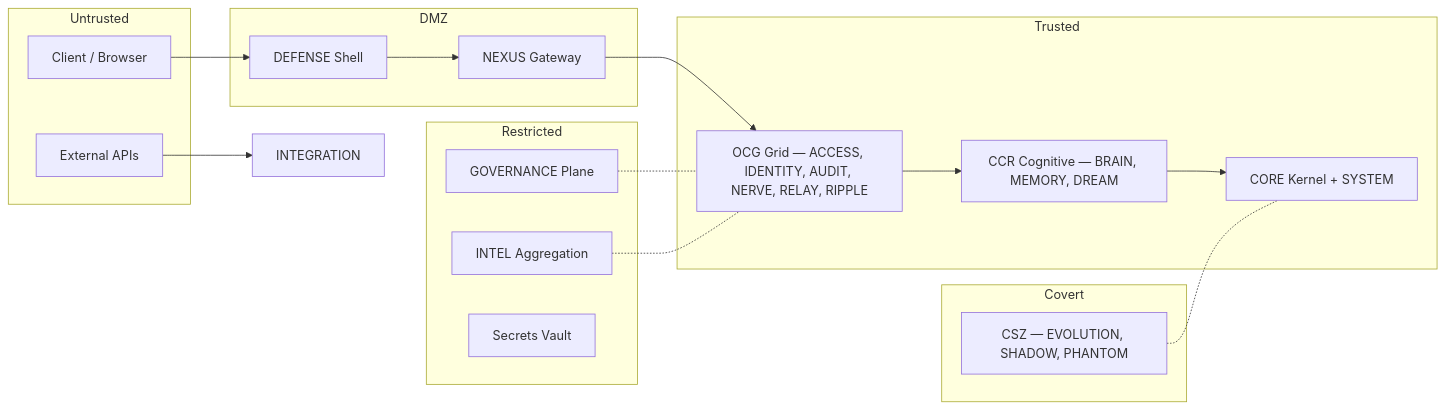
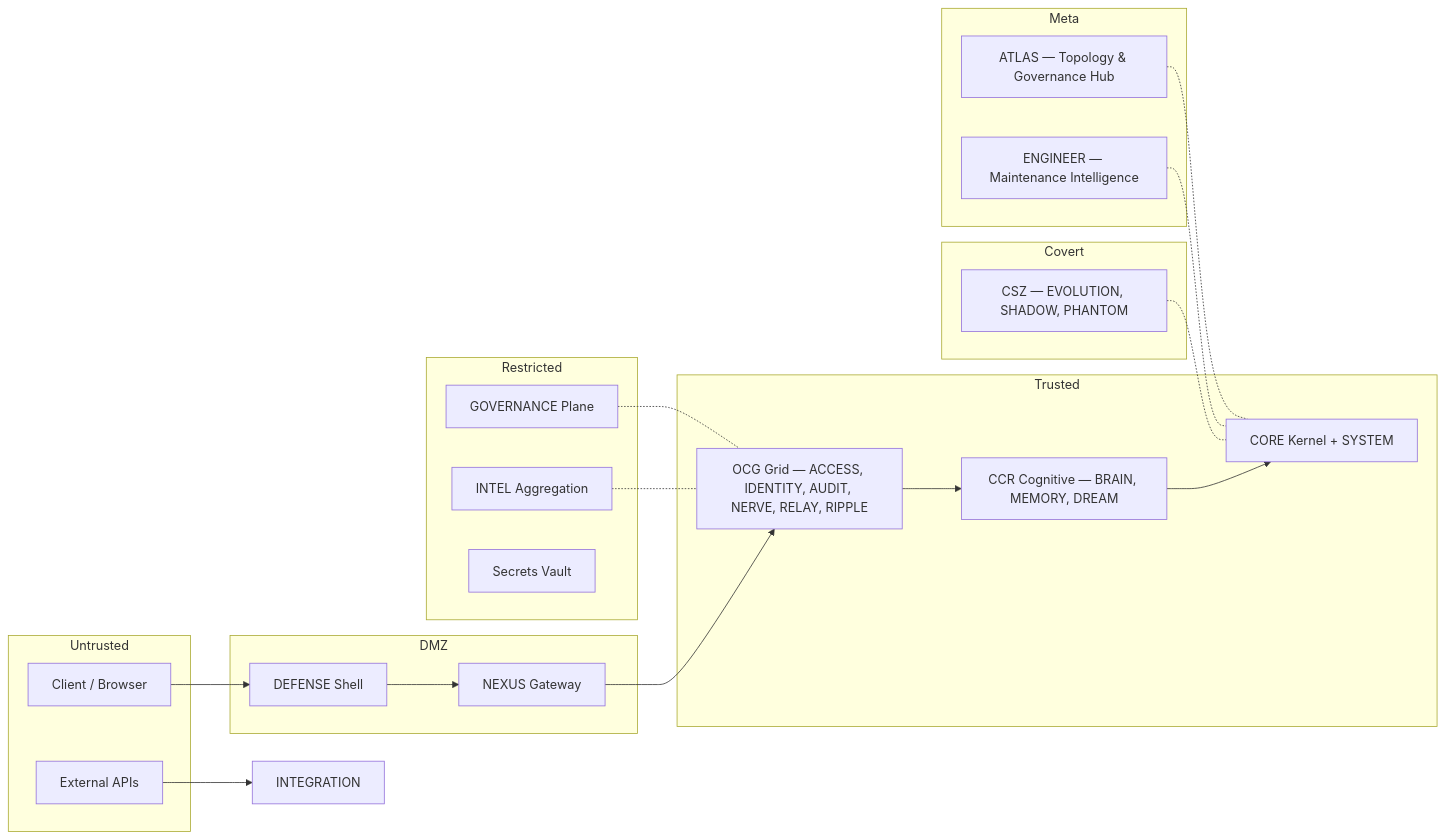
Before and after one commit to SweetKenneth/cmpsbl: the diagram in docs/03-security/security-architecture.md, drawn with Mermaid. The commit also changed other lines of this file and 7 other files, not shown here.

````diff
--- a/docs/03-security/security-architecture.md
+++ b/docs/03-security/security-architecture.md
@@ -18,38 +19,45 @@
 ```mermaid
 graph LR
     subgraph Untrusted
         CLIENT[Client / Browser]
         EXTAPI[External APIs]
     end
 
     subgraph DMZ
         DEFENSE_Z[DEFENSE Shell]
         NEXUS_Z[NEXUS Gateway]
     end
 
     subgraph Trusted
         OCG_Z[OCG Grid — ACCESS, IDENTITY, AUDIT, NERVE, RELAY, RIPPLE]
         CCR_Z[CCR Cognitive — BRAIN, MEMORY, DREAM]
         CORE_Z[CORE Kernel + SYSTEM]
     end
 
     subgraph Covert
         CSZ_Z[CSZ — EVOLUTION, SHADOW, PHANTOM]
     end
 
+    subgraph Meta
+        ATLAS_Z[ATLAS — Topology & Governance Hub]
+        ENGINEER_Z[ENGINEER — Maintenance Intelligence]
+    end
+
     subgraph Restricted
         GOVERNANCE_Z[GOVERNANCE Plane]
         INTEL_Z[INTEL Aggregation]
         SECRETS[Secrets Vault]
     end
 
     CLIENT --> DEFENSE_Z
     DEFENSE_Z --> NEXUS_Z
     NEXUS_Z --> OCG_Z
     OCG_Z --> CCR_Z
     CCR_Z --> CORE_Z
     GOVERNANCE_Z -.- OCG_Z
     INTEL_Z -.- OCG_Z
     CSZ_Z -.- CORE_Z
+    ATLAS_Z -.- CORE_Z
+    ENGINEER_Z -.- CORE_Z
     EXTAPI --> INTEGRATION
 ```
````
